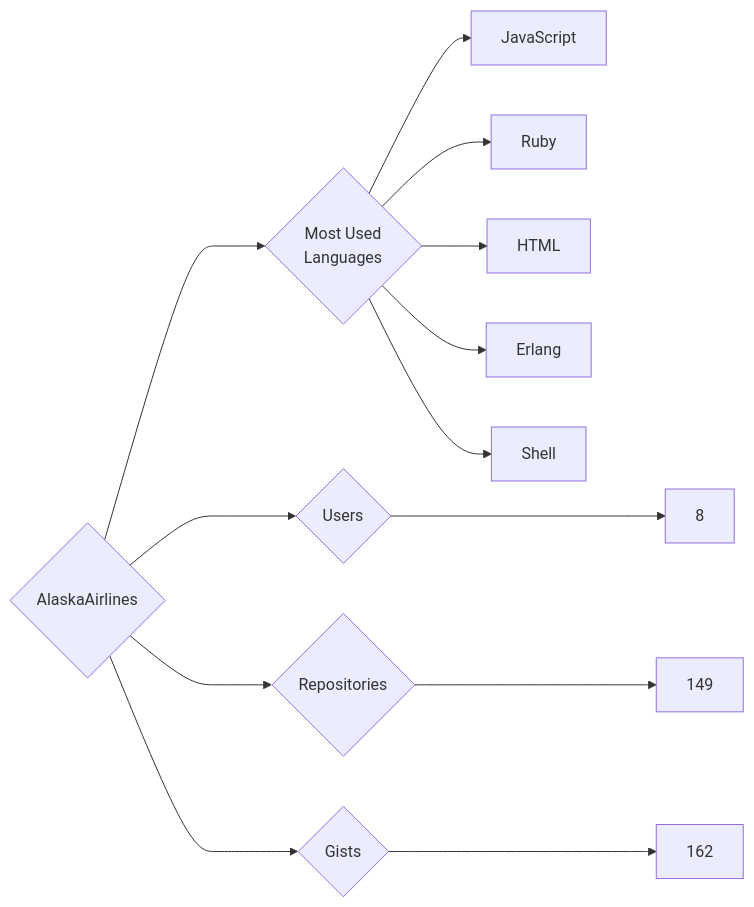
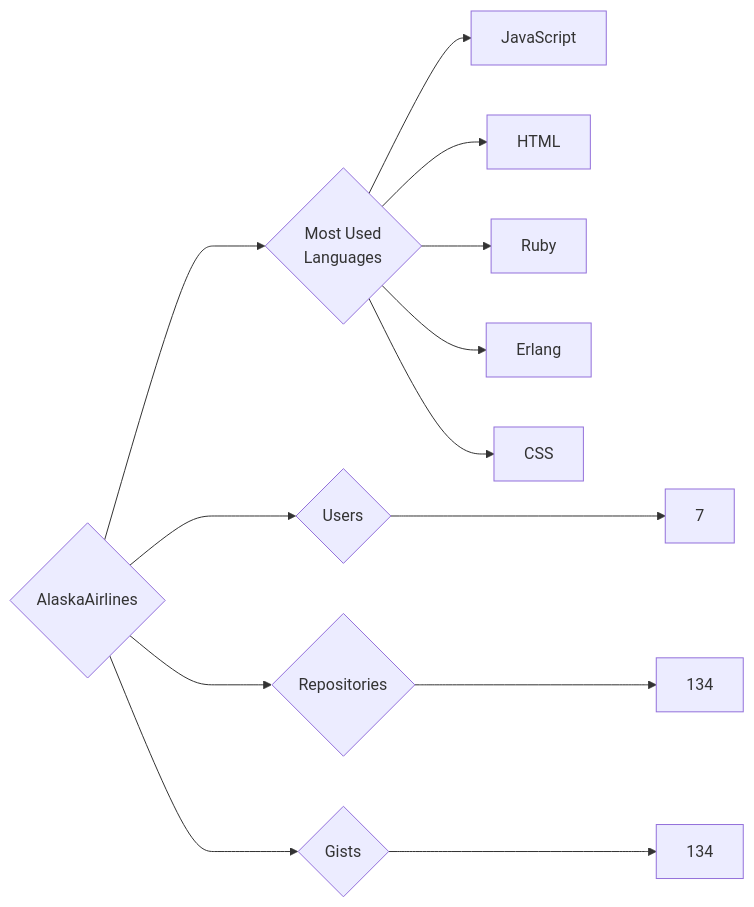
Before and after one commit to trickest/insiders: the diagram in targets/AlaskaAirlines/README.md, drawn with Mermaid. The commit also changed 993 other files, not shown here.

````diff
--- a/targets/AlaskaAirlines/README.md
+++ b/targets/AlaskaAirlines/README.md
@@ -3,13 +3,13 @@
 ```mermaid
 graph LR
 COMPANY_NAME{AlaskaAirlines}
-COMPANY_NAME ---> U{Users} ---> UN[8]
-COMPANY_NAME ---> R{Repositories} ---> RN[149]
-COMPANY_NAME ---> G{Gists} ---> GN[162]
+COMPANY_NAME ---> U{Users} ---> UN[7]
+COMPANY_NAME ---> R{Repositories} ---> RN[134]
+COMPANY_NAME ---> G{Gists} ---> GN[134]
 COMPANY_NAME ---> ML{Most Used<br>Languages}
 ML --> JavaScript[JavaScript]
+ML --> HTML[HTML]
 ML --> Ruby[Ruby]
-ML --> HTML[HTML]
 ML --> Erlang[Erlang]
-ML --> Shell[Shell]
+ML --> CSS[CSS]
 ```
````
